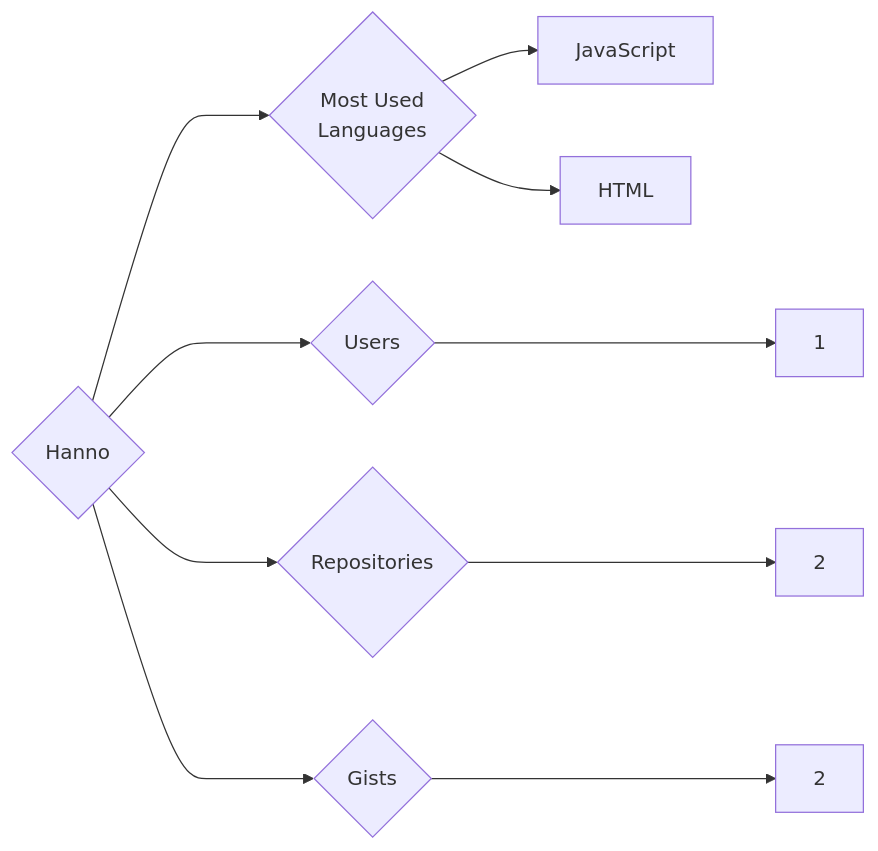
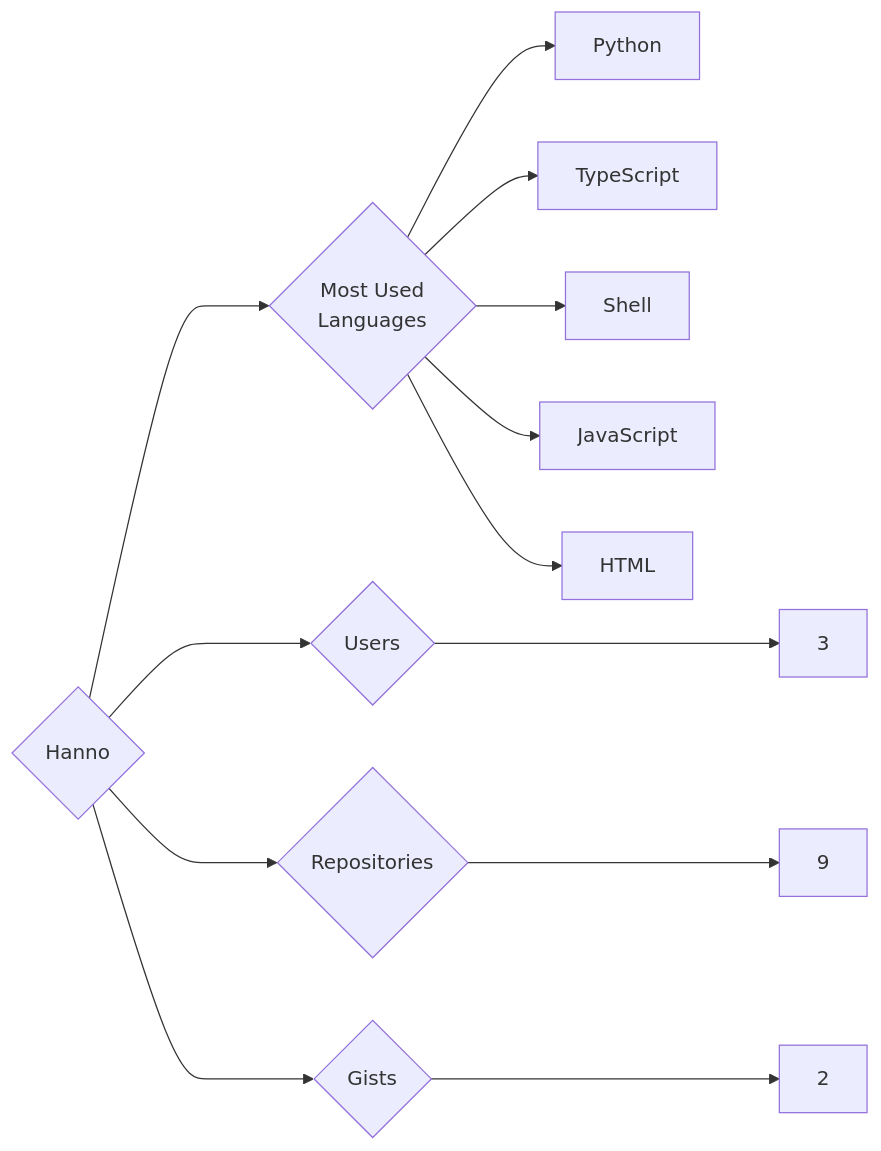
One commit to trickest/insiders changed the diagram in targets/Hanno/README.md. Above: the diagram before and after it, drawn with Mermaid. The commit also changed 838 other files, not shown here.

````diff
--- a/targets/Hanno/README.md
+++ b/targets/Hanno/README.md
@@ -3,10 +3,13 @@
 ```mermaid
 graph LR
 COMPANY_NAME{Hanno}
-COMPANY_NAME ---> U{Users} ---> UN[1]
-COMPANY_NAME ---> R{Repositories} ---> RN[2]
+COMPANY_NAME ---> U{Users} ---> UN[3]
+COMPANY_NAME ---> R{Repositories} ---> RN[9]
 COMPANY_NAME ---> G{Gists} ---> GN[2]
 COMPANY_NAME ---> ML{Most Used<br>Languages}
+ML --> Python[Python]
+ML --> TypeScript[TypeScript]
+ML --> Shell[Shell]
 ML --> JavaScript[JavaScript]
 ML --> HTML[HTML]
 ```
````
